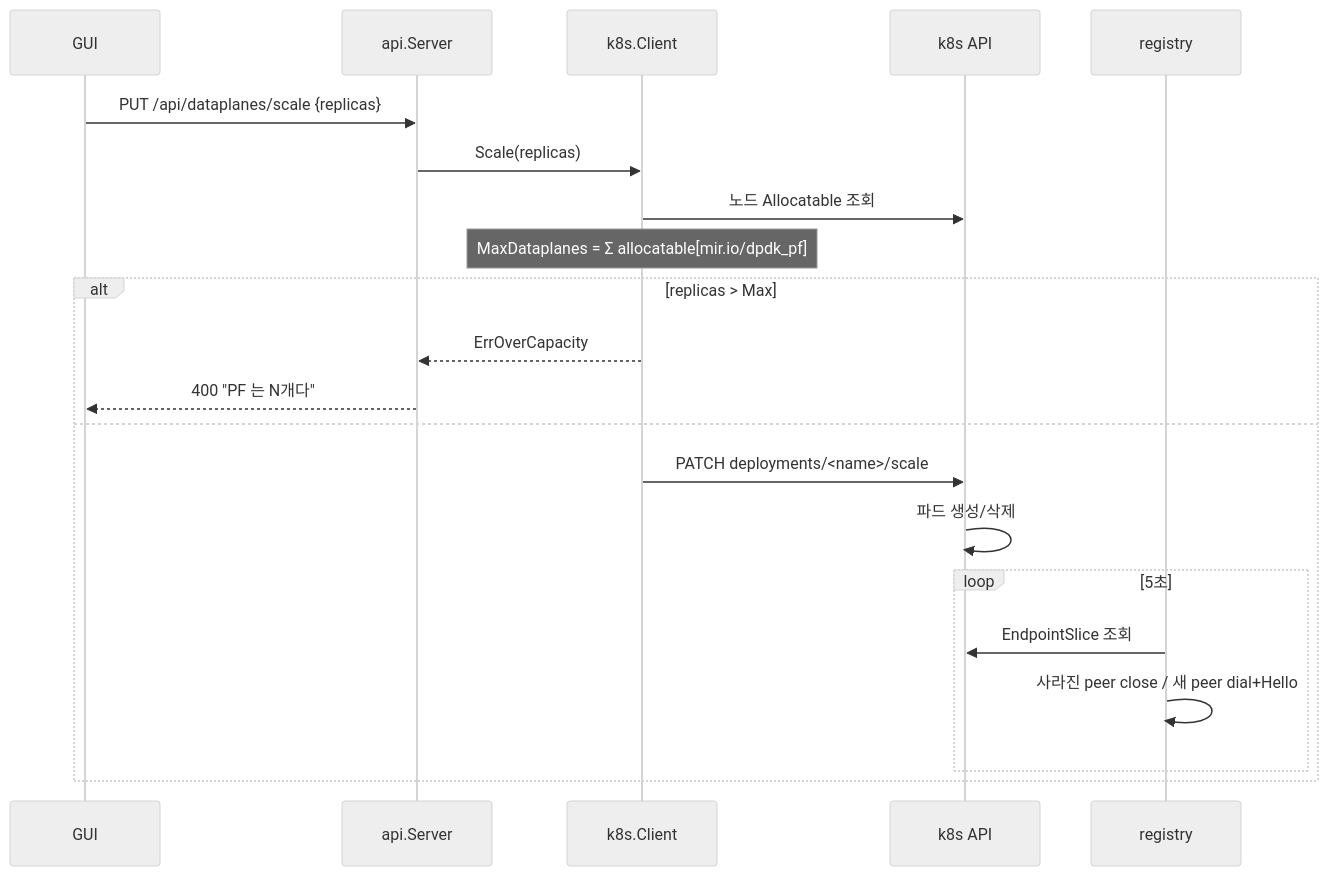
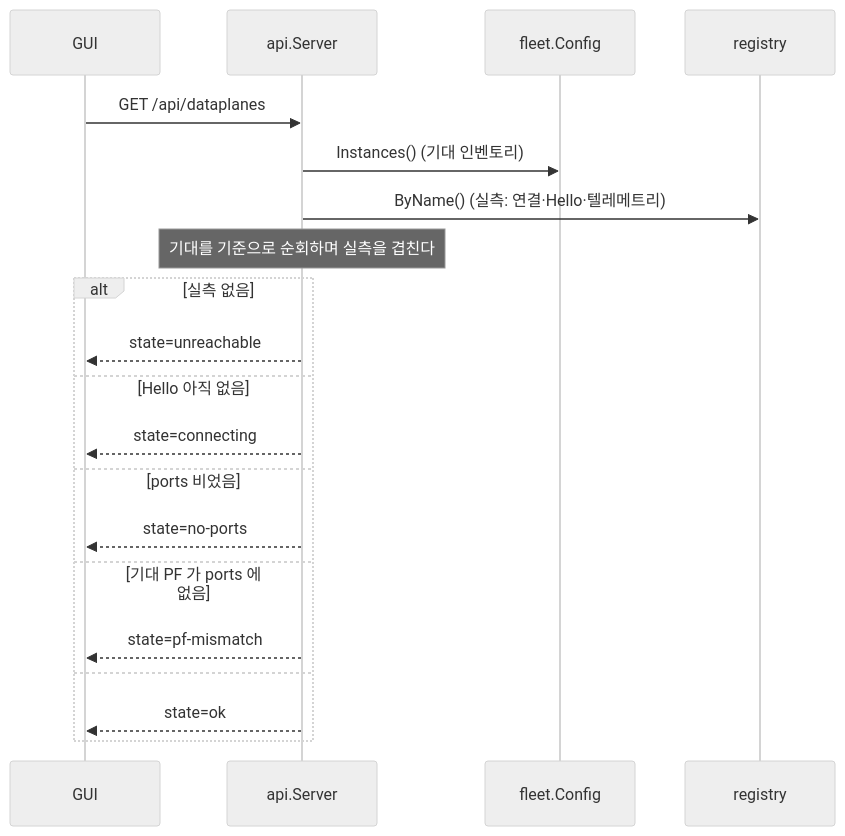
The fourth of 4 diagrams in docs/ARCHITECTURE.md (IanKim2030/Mir), drawn with Mermaid (neutral theme) before and after one commit. The commit also changed other lines of this file and 4 other files, not shown here.

````diff
--- a/docs/ARCHITECTURE.md
+++ b/docs/ARCHITECTURE.md
@@ -196,24 +217,24 @@
 ```mermaid
 sequenceDiagram
     participant G as GUI
     participant API as api.Server
-    participant K8 as k8s.Client
-    participant KA as k8s API
+    participant F as fleet.Config
     participant R as registry
 
-    G->>API: PUT /api/dataplanes/scale {replicas}
-    API->>K8: Scale(replicas)
-    K8->>KA: 노드 Allocatable 조회
-    Note over K8: MaxDataplanes = Σ allocatable[mir.io/dpdk_pf]
-    alt replicas > Max
-        K8-->>API: ErrOverCapacity
-        API-->>G: 400 "PF 는 N개다"
+    G->>API: GET /api/dataplanes
+    API->>F: Instances()  (기대 인벤토리)
+    API->>R: ByName()     (실측: 연결·Hello·텔레메트리)
+    Note over API: 기대를 기준으로 순회하며 실측을 겹친다
+
+    alt 실측 없음
+        API-->>G: state=unreachable
+    else Hello 아직 없음
+        API-->>G: state=connecting
+    else ports 비었음
+        API-->>G: state=no-ports
+    else 기대 PF 가 ports 에 없음
+        API-->>G: state=pf-mismatch
     else
-        K8->>KA: PATCH deployments/<name>/scale
-        KA->>KA: 파드 생성/삭제
-        loop 5초
-            R->>KA: EndpointSlice 조회
-            R->>R: 사라진 peer close / 새 peer dial+Hello
-        end
+        API-->>G: state=ok
     end
 ```
````
